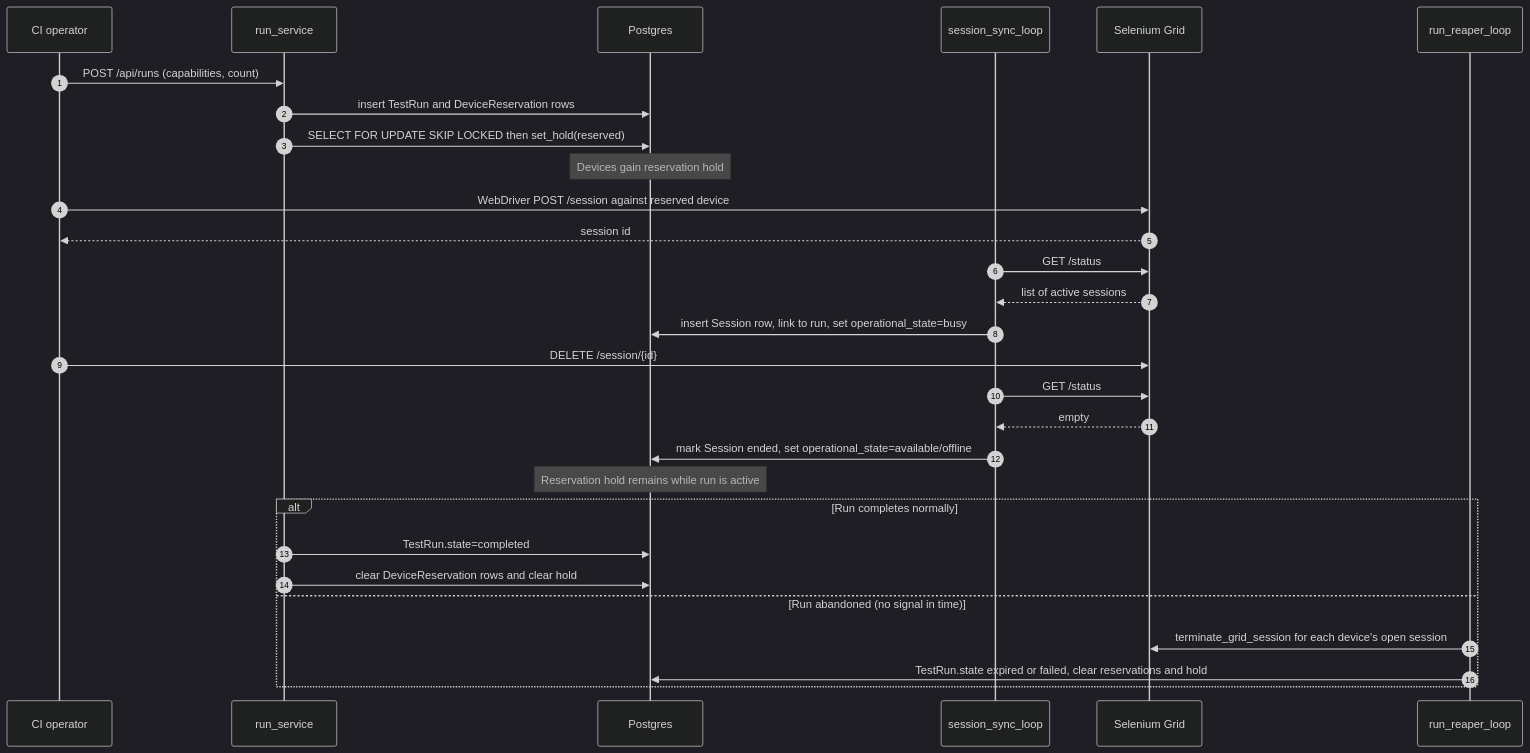
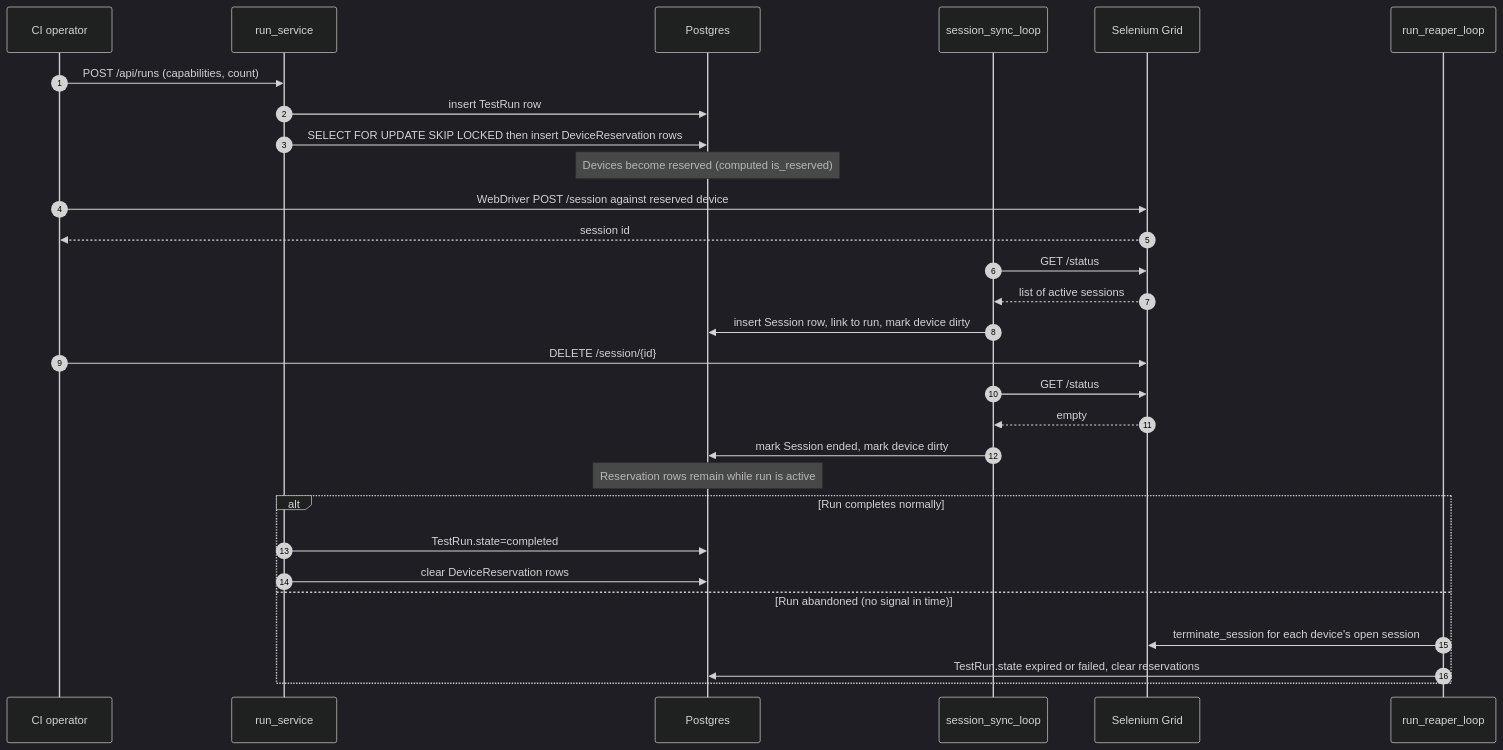
One commit to quidow/gridfleet changed the second of 2 diagrams in docs/design/05-allocation-ports-sessions.md. Above: the diagram before and after it, drawn with Mermaid (dark theme). The commit also changed other lines of this file and 58 other files, not shown here.

````diff
--- a/docs/design/05-allocation-ports-sessions.md
+++ b/docs/design/05-allocation-ports-sessions.md
@@ -134,33 +125,33 @@
 ```mermaid
 sequenceDiagram
     autonumber
     participant Client as CI operator
     participant Run as run_service
     participant Pg as Postgres
     participant Sync as session_sync_loop
     participant Grid as Selenium Grid
     participant Reaper as run_reaper_loop
 
     Client->>Run: POST /api/runs (capabilities, count)
-    Run->>Pg: insert TestRun and DeviceReservation rows
-    Run->>Pg: SELECT FOR UPDATE SKIP LOCKED then set_hold(reserved)
-    Note over Pg: Devices gain reservation hold
+    Run->>Pg: insert TestRun row
+    Run->>Pg: SELECT FOR UPDATE SKIP LOCKED then insert DeviceReservation rows
+    Note over Pg: Devices become reserved (computed is_reserved)
     Client->>Grid: WebDriver POST /session against reserved device
     Grid-->>Client: session id
     Sync->>Grid: GET /status
     Grid-->>Sync: list of active sessions
-    Sync->>Pg: insert Session row, link to run, set operational_state=busy
+    Sync->>Pg: insert Session row, link to run, mark device dirty
     Client->>Grid: DELETE /session/{id}
     Sync->>Grid: GET /status
     Grid-->>Sync: empty
-    Sync->>Pg: mark Session ended, set operational_state=available/offline
-    Note over Pg: Reservation hold remains while run is active
+    Sync->>Pg: mark Session ended, mark device dirty
+    Note over Pg: Reservation rows remain while run is active
 
     alt Run completes normally
       Run->>Pg: TestRun.state=completed
-      Run->>Pg: clear DeviceReservation rows and clear hold
+      Run->>Pg: clear DeviceReservation rows
     else Run abandoned (no signal in time)
-      Reaper->>Grid: terminate_grid_session for each device's open session
-      Reaper->>Pg: TestRun.state expired or failed, clear reservations and hold
+      Reaper->>Grid: terminate_session for each device's open session
+      Reaper->>Pg: TestRun.state expired or failed, clear reservations
     end
 ```
````
